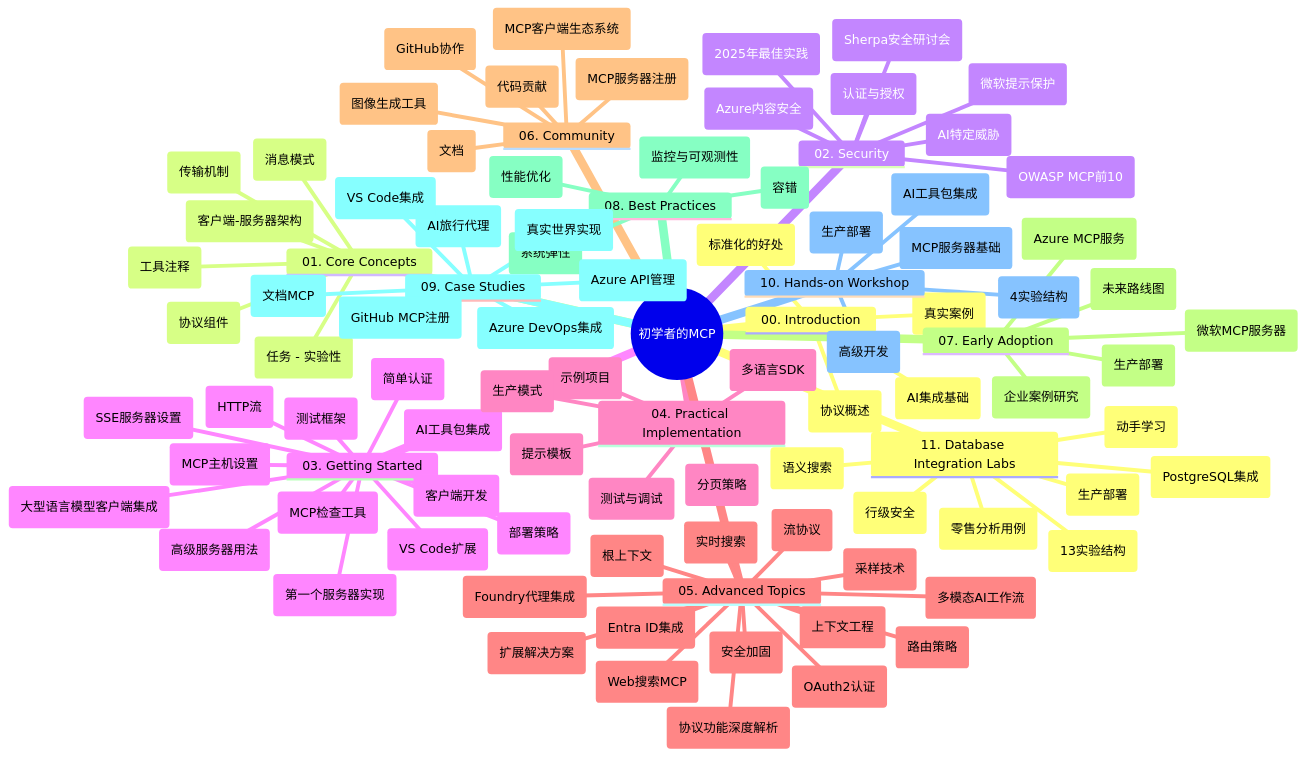
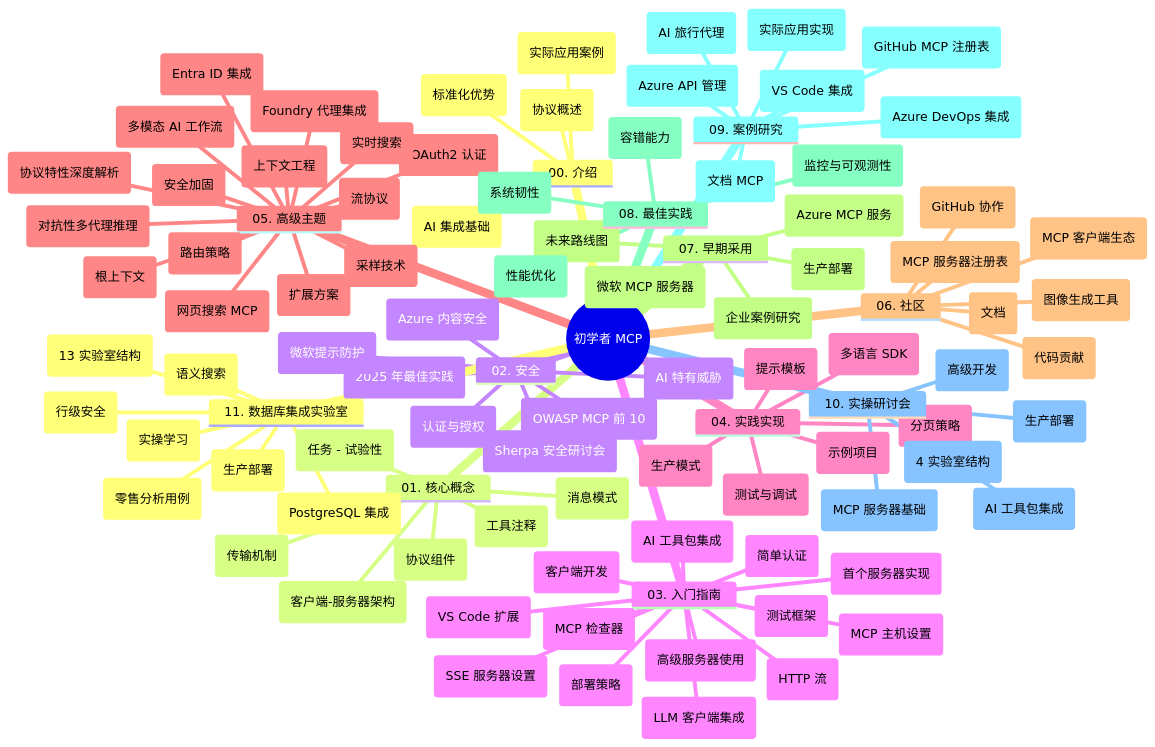
One commit to HIDORAKAI002/ai-workspace-archive changed the diagram in mcp_ecosystem__model_context_protocol/mcp_learning_resources/mcp-for-beginners/translations/zh-CN/study_guide.md. Above: the diagram before and after it, drawn with Mermaid. The commit also changed other lines of this file and 2497 other files, not shown here.

Commit message:
chore(sync): update Keboola MCP, Langfuse, Promptfoo, Dify, Trigger.dev, Windmill, Appsmith, Budibase, +29 more

````diff
--- a/mcp_ecosystem__model_context_protocol/mcp_learning_resources/mcp-for-beginners/translations/zh-CN/study_guide.md
+++ b/mcp_ecosystem__model_context_protocol/mcp_learning_resources/mcp-for-beginners/translations/zh-CN/study_guide.md
@@ -11,113 +11,114 @@
 ```mermaid
 mindmap
-  root((初学者的MCP))
-    00. Introduction
+  root((初学者 MCP))
+    00. 介绍
       ::icon(fa fa-book)
       (协议概述)
-      (标准化的好处)
-      (真实案例)
-      (AI集成基础)
-    01. Core Concepts
+      (标准化优势)
+      (实际应用案例)
+      (AI 集成基础)
+    01. 核心概念
       ::icon(fa fa-puzzle-piece)
       (客户端-服务器架构)
       (协议组件)
       (消息模式)
       (传输机制)
-      (任务 - 实验性)
+      (任务 - 试验性)
       (工具注释)
-    02. Security
+    02. 安全
       ::icon(fa fa-shield)
-      (AI特定威胁)
-      (2025年最佳实践)
-      (Azure内容安全)
+      (AI 特有威胁)
+      (2025 年最佳实践)
+      (Azure 内容安全)
       (认证与授权)
-      (微软提示保护)
-      (OWASP MCP前10)
-      (Sherpa安全研讨会)
-    03. Getting Started
+      (微软提示防护)
+      (OWASP MCP 前 10)
+      (Sherpa 安全研讨会)
+    03. 入门指南
       ::icon(fa fa-rocket)
-      (第一个服务器实现)
+      (首个服务器实现)
       (客户端开发)
-      (大型语言模型客户端集成)
-      (VS Code扩展)
-      (SSE服务器设置)
-      (HTTP流)
-      (AI工具包集成)
+      (LLM 客户端集成)
+      (VS Code 扩展)
+      (SSE 服务器设置)
+      (HTTP 流)
+      (AI 工具包集成)
       (测试框架)
-      (高级服务器用法)
+      (高级服务器使用)
       (简单认证)
       (部署策略)
-      (MCP主机设置)
-      (MCP检查工具)
-    04. Practical Implementation
+      (MCP 主机设置)
+      (MCP 检查器)
+    04. 实践实现
       ::icon(fa fa-code)
-      (多语言SDK)
+      (多语言 SDK)
       (测试与调试)
       (提示模板)
       (示例项目)
       (生产模式)
       (分页策略)
-    05. Advanced Topics
+    05. 高级主题
       ::icon(fa fa-graduation-cap)
       (上下文工程)
-      (Foundry代理集成)
-      (多模态AI工作流)
-      (OAuth2认证)
+      (Foundry 代理集成)
+      (多模态 AI 工作流)
+      (OAuth2 认证)
       (实时搜索)
       (流协议)
       (根上下文)
       (路由策略)
       (采样技术)
-      (扩展解决方案)
+      (扩展方案)
       (安全加固)
-      (Entra ID集成)
-      (Web搜索MCP)
-      (协议功能深度解析)
+      (Entra ID 集成)
+      (网页搜索 MCP)
+      (协议特性深度解析)
+      (对抗性多代理推理)
       
-    06. Community
+    06. 社区
       ::icon(fa fa-users)
       (代码贡献)
       (文档)
-      (MCP客户端生态系统)
-      (MCP服务器注册)
+      (MCP 客户端生态)
+      (MCP 服务器注册表)
       (图像生成工具)
-      (GitHub协作)
-    07. Early Adoption
+      (GitHub 协作)
+    07. 早期采用
       ::icon(fa fa-lightbulb)
       (生产部署)
-      (微软MCP服务器)
-      (Azure MCP服务)
+      (微软 MCP 服务器)
+      (Azure MCP 服务)
       (企业案例研究)
       (未来路线图)
-    08. Best Practices
+    08. 最佳实践
       ::icon(fa fa-check)
       (性能优化)
-      (容错)
-      (系统弹性)
+      (容错能力)
+      (系统韧性)
       (监控与可观测性)
-    09. Case Studies
+    09. 案例研究
       ::icon(fa fa-file-text)
-      (Azure API管理)
-      (AI旅行代理)
-      (Azure DevOps集成)
-      (文档MCP)
-      (GitHub MCP注册)
-      (VS Code集成)
-      (真实世界实现)
-    10. Hands-on Workshop
+      (Azure API 管理)
+      (AI 旅行代理)
+      (Azure DevOps 集成)
+      (文档 MCP)
+      (GitHub MCP 注册表)
+      (VS Code 集成)
+      (实际应用实现)
+    10. 实操研讨会
       ::icon(fa fa-laptop)
-      (MCP服务器基础)
+      (MCP 服务器基础)
       (高级开发)
-      (AI工具包集成)
+      (AI 工具包集成)
       (生产部署)
-      (4实验结构)
-    11. Database Integration Labs
+      (4 实验室结构)
+    11. 数据库集成实验室
       ::icon(fa fa-database)
-      (PostgreSQL集成)
+      (PostgreSQL 集成)
       (零售分析用例)
       (行级安全)
       (语义搜索)
       (生产部署)
-      (13实验结构)
-      (动手学习)
+      (13 实验室结构)
+      (实操学习)
 ```
````
